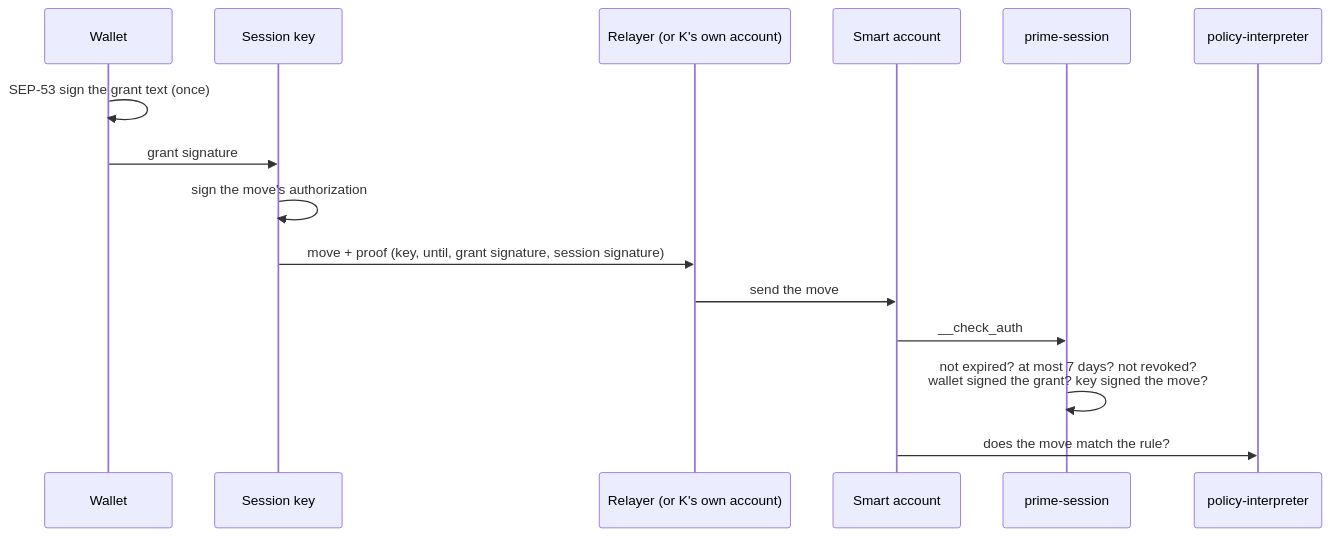
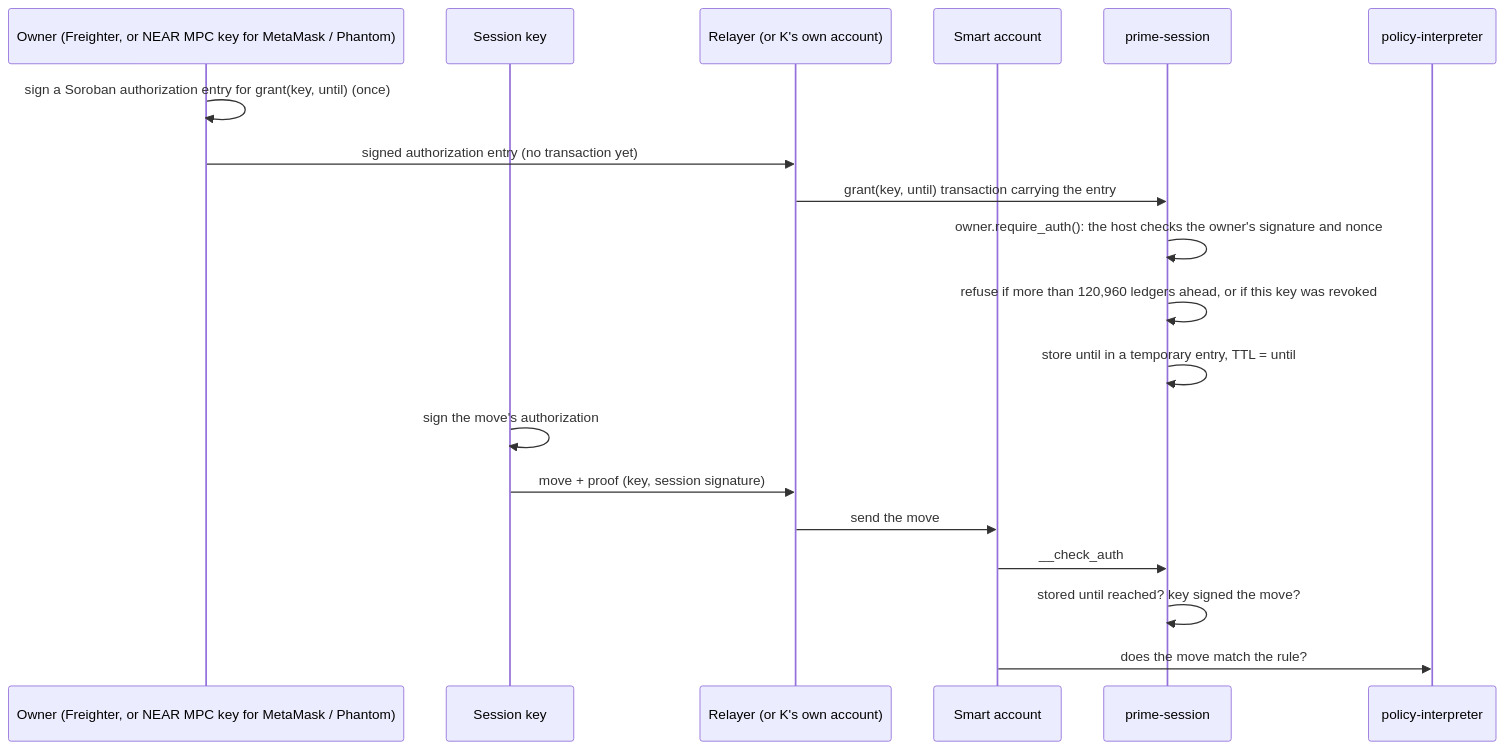
One commit to untangledfinance/oz-policy-builder changed the eighth of 8 diagrams in contracts/prime-session/ARCHITECTURE.md. Above: the diagram before and after it, drawn with Mermaid. The commit also changed other lines of this file and 81 other files, not shown here.

First line of the commit message:
refactor(prime-session): stored Stellar grants, separate session-owner keys, Solana revoke

````diff
--- a/contracts/prime-session/ARCHITECTURE.md
+++ b/contracts/prime-session/ARCHITECTURE.md
@@ -316,17 +351,21 @@
 ```mermaid
 sequenceDiagram
-  participant W as Wallet
+  participant W as Owner (Freighter, or NEAR MPC key for MetaMask / Phantom)
   participant K as Session key
   participant R as Relayer (or K's own account)
   participant A as Smart account
   participant S as prime-session
   participant I as policy-interpreter
-  W->>W: SEP-53 sign the grant text (once)
-  W->>K: grant signature
+  W->>W: sign a Soroban authorization entry for grant(key, until) (once)
+  W->>R: signed authorization entry (no transaction yet)
+  R->>S: grant(key, until) transaction carrying the entry
+  S->>S: owner.require_auth(): the host checks the owner's signature and nonce
+  S->>S: refuse if more than 120,960 ledgers ahead, or if this key was revoked
+  S->>S: store until in a temporary entry, TTL = until
   K->>K: sign the move's authorization
-  K->>R: move + proof (key, until, grant signature, session signature)
+  K->>R: move + proof (key, session signature)
   R->>A: send the move
   A->>S: __check_auth
-  S->>S: not expired? at most 7 days? not revoked?<br/>wallet signed the grant? key signed the move?
+  S->>S: stored until reached? key signed the move?
   A->>I: does the move match the rule?
 ```
````
